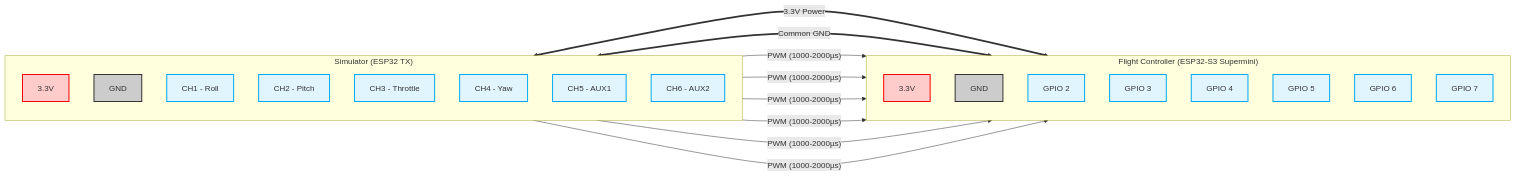
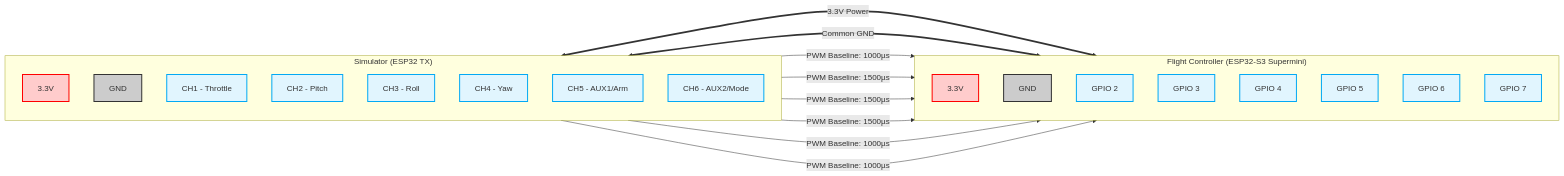
The diagram in docs/temp.md (chinart123/ESP32-Quadcopter), drawn with Mermaid before and after one commit.

Commit message:
docs: change number

````diff
--- a/docs/temp.md
+++ b/docs/temp.md
@@ -508,44 +508,44 @@
 ```mermaid
 graph LR
     subgraph TX ["Simulator (ESP32 TX)"]
         direction TB
         VCC[3.3V]
         GND1[GND]
-        CH1[CH1 - Roll]
+        CH1[CH1 - Throttle]
         CH2[CH2 - Pitch]
-        CH3[CH3 - Throttle]
+        CH3[CH3 - Roll]
         CH4[CH4 - Yaw]
-        CH5[CH5 - AUX1]
-        CH6[CH6 - AUX2]
+        CH5[CH5 - AUX1/Arm]
+        CH6[CH6 - AUX2/Mode]
     end
 
     subgraph FC ["Flight Controller (ESP32-S3 Supermini)"]
         direction TB
         V33[3.3V]
         GND2[GND]
         P2[GPIO 2]
         P3[GPIO 3]
         P4[GPIO 4]
         P5[GPIO 5]
         P6[GPIO 6]
         P7[GPIO 7]
     end
 
     VCC <== "3.3V Power" ===> V33
     GND1 <== "Common GND" ===> GND2
 
-    CH1 -- "PWM (1000-2000µs)" --> P2
-    CH2 -- "PWM (1000-2000µs)" --> P3
-    CH3 -- "PWM (1000-2000µs)" --> P4
-    CH4 -- "PWM (1000-2000µs)" --> P5
-    CH5 -- "PWM (1000-2000µs)" --> P6
-    CH6 -- "PWM (1000-2000µs)" --> P7
+    CH1 -- "PWM Baseline: 1000µs" --> P2
+    CH2 -- "PWM Baseline: 1500µs" --> P3
+    CH3 -- "PWM Baseline: 1500µs" --> P4
+    CH4 -- "PWM Baseline: 1500µs" --> P5
+    CH5 -- "PWM Baseline: 1000µs" --> P6
+    CH6 -- "PWM Baseline: 1000µs" --> P7
 
     style VCC fill:#ffcccc,stroke:#ff0000,stroke-width:2px
     style V33 fill:#ffcccc,stroke:#ff0000,stroke-width:2px
     style GND1 fill:#cccccc,stroke:#333333,stroke-width:2px
     style GND2 fill:#cccccc,stroke:#333333,stroke-width:2px
     
     classDef signal fill:#e1f5fe,stroke:#03a9f4,stroke-width:2px;
     class CH1,CH2,CH3,CH4,CH5,CH6,P2,P3,P4,P5,P6,P7 signal;
 ```
````
